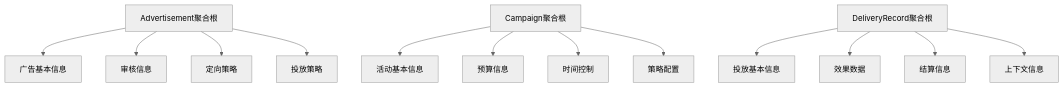
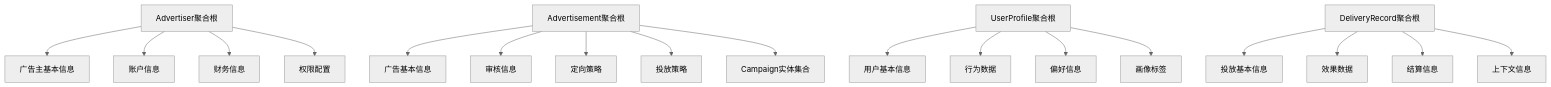
Before and after one commit to lornshrimp/Lorn.ADSP: the third of 10 diagrams in docs_TecDesign/广告投放引擎/数据模型分层设计.md, drawn with Mermaid (neutral theme). The commit also changed other lines of this file and 60 other files, not shown here.

````diff
--- a/docs_TecDesign/广告投放引擎/数据模型分层设计.md
+++ b/docs_TecDesign/广告投放引擎/数据模型分层设计.md
@@ -538,17 +538,23 @@
 ```mermaid
 graph TD
-    A[Advertisement聚合根] --> B[广告基本信息]
-    A --> C[审核信息]
-    A --> D[定向策略]
-    A --> E[投放策略]
+    A[Advertiser聚合根] --> B[广告主基本信息]
+    A --> C[账户信息]
+    A --> D[财务信息]
+    A --> E[权限配置]
     
-    F[Campaign聚合根] --> G[活动基本信息]
-    F --> H[预算信息]
-    F --> I[时间控制]
-    F --> J[策略配置]
+    F[Advertisement聚合根] --> G[广告基本信息]
+    F --> H[审核信息]
+    F --> I[定向策略]
+    F --> J[投放策略]
+    F --> K[Campaign实体集合]
     
-    K[DeliveryRecord聚合根] --> L[投放基本信息]
-    K --> M[效果数据]
-    K --> N[结算信息]
-    K --> O[上下文信息]
+    L[UserProfile聚合根] --> M[用户基本信息]
+    L --> N[行为数据]
+    L --> O[偏好信息]
+    L --> P[画像标签]
+    
+    Q[DeliveryRecord聚合根] --> R[投放基本信息]
+    Q --> S[效果数据]
+    Q --> T[结算信息]
+    Q --> U[上下文信息]
 ```
````
